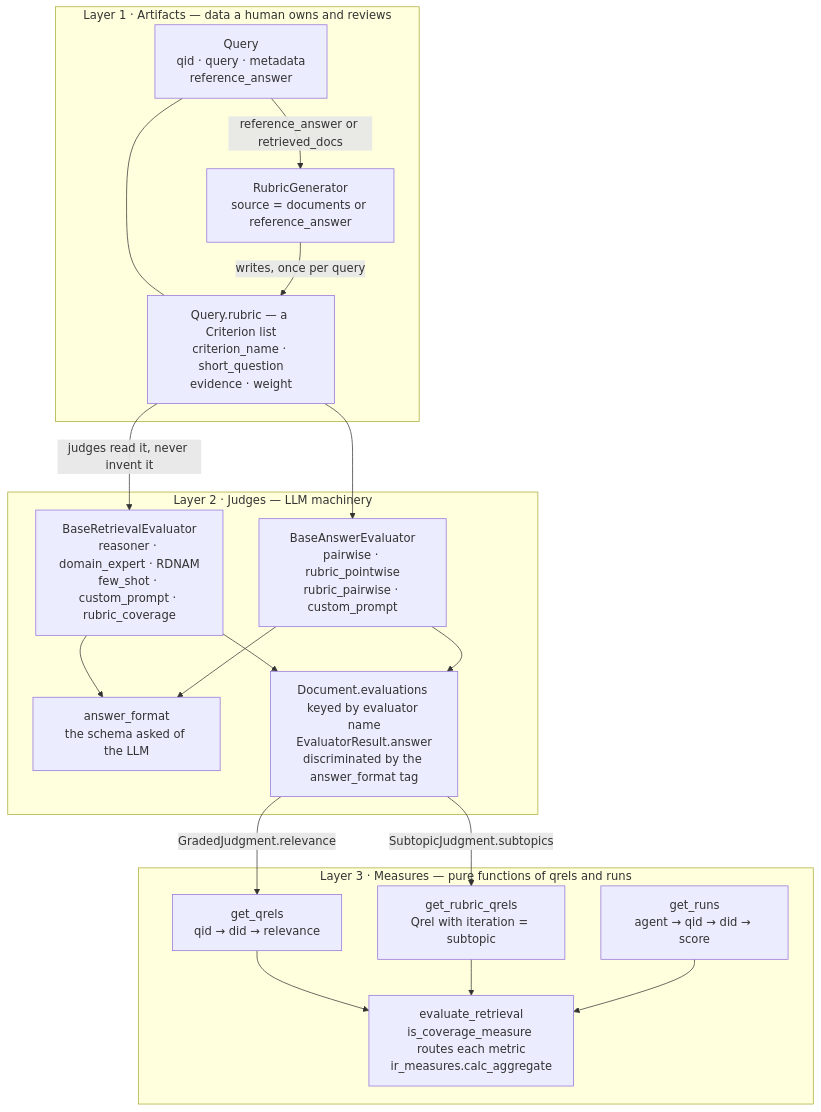
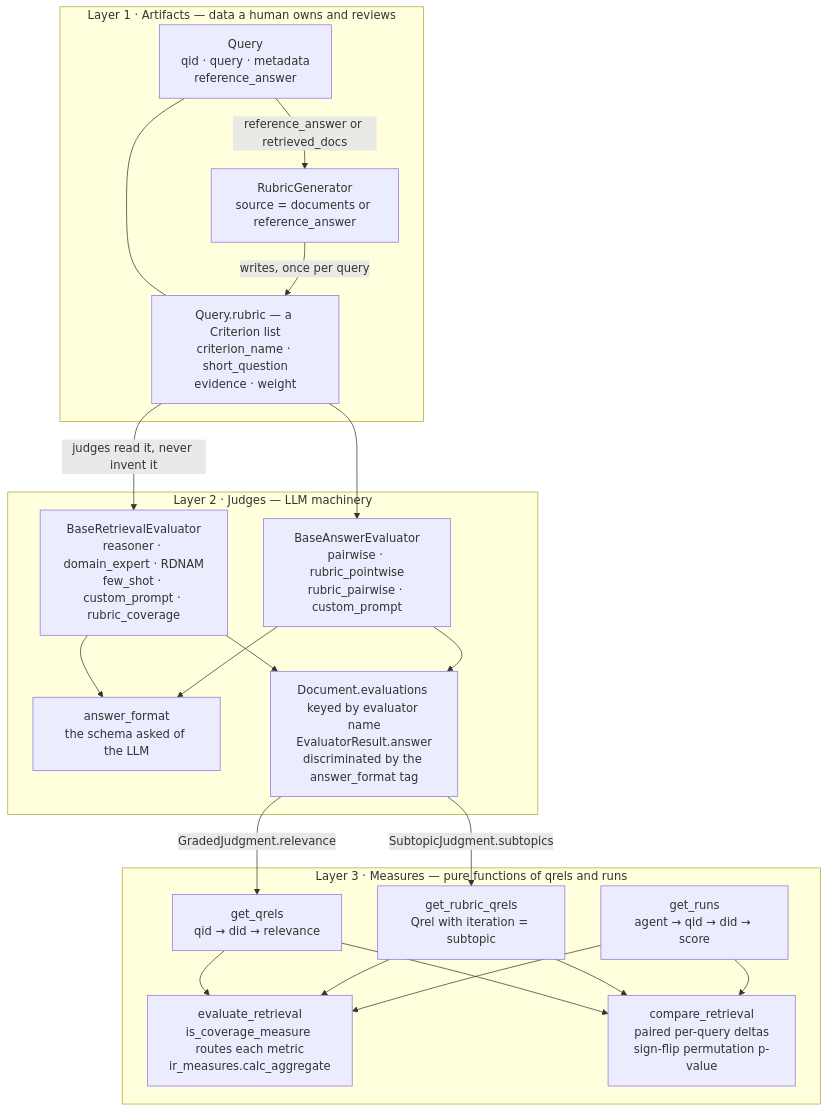
One commit to zetaalphavector/RAGElo changed the diagram in docs/architecture.md. Above: the diagram before and after it, drawn with Mermaid. The commit also changed other lines of this file and 2 other files, not shown here.

````diff
--- a/docs/architecture.md
+++ b/docs/architecture.md
@@ -20,37 +20,41 @@
 ```mermaid
 flowchart TB
     subgraph artifacts["Layer 1 · Artifacts — data a human owns and reviews"]
         query["Query<br/>qid · query · metadata<br/>reference_answer"]
         rubric["Query.rubric — a Criterion list<br/>criterion_name · short_question<br/>evidence · weight"]
         generator["RubricGenerator<br/>source = documents or reference_answer"]
         query --- rubric
         query -->|"reference_answer or retrieved_docs"| generator
         generator -->|"writes, once per query"| rubric
     end
 
     subgraph judges["Layer 2 · Judges — LLM machinery"]
         retrieval["BaseRetrievalEvaluator<br/>reasoner · domain_expert · RDNAM<br/>few_shot · custom_prompt · rubric_coverage"]
         answer["BaseAnswerEvaluator<br/>pairwise · rubric_pointwise<br/>rubric_pairwise · custom_prompt"]
         format["answer_format<br/>the schema asked of the LLM"]
         stored["Document.evaluations keyed by evaluator name<br/>EvaluatorResult.answer<br/>discriminated by the answer_format tag"]
         retrieval --> format
         answer --> format
         retrieval --> stored
         answer --> stored
     end
 
     subgraph measures["Layer 3 · Measures — pure functions of qrels and runs"]
         flat["get_qrels<br/>qid → did → relevance"]
         subtopic["get_rubric_qrels<br/>Qrel with iteration = subtopic"]
         runs["get_runs<br/>agent → qid → did → score"]
         agg["evaluate_retrieval<br/>is_coverage_measure routes each metric<br/>ir_measures.calc_aggregate"]
+        cmp["compare_retrieval<br/>paired per-query deltas<br/>sign-flip permutation p-value"]
         flat --> agg
         subtopic --> agg
         runs --> agg
+        flat --> cmp
+        subtopic --> cmp
+        runs --> cmp
     end
 
     rubric -->|"judges read it, never invent it"| retrieval
     rubric --> answer
     stored -->|"GradedJudgment.relevance"| flat
     stored -->|"SubtopicJudgment.subtopics"| subtopic
 ```
````
